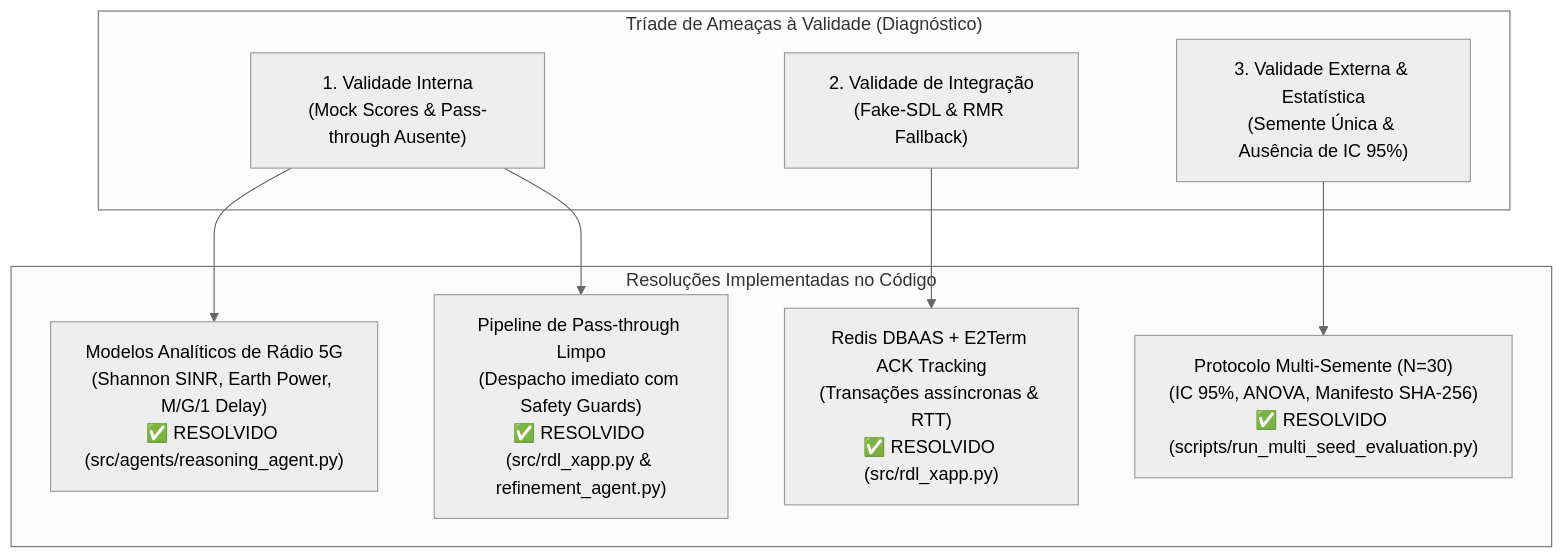
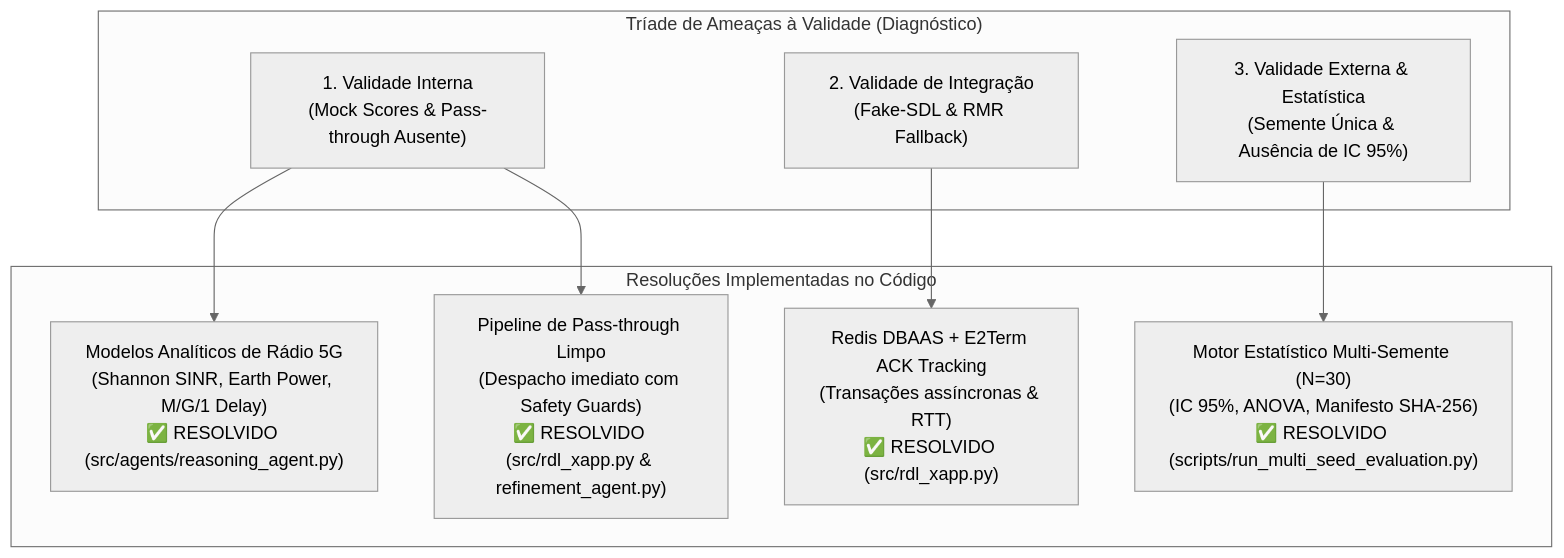
Before and after one commit to georgebarbosa3090/XApp-RDL-F1: the first of 2 diagrams in docs/relatorio_extenso_validacao_fase1_resolucao_limitacoes.md, drawn with Mermaid (neutral theme). The commit also changed other lines of this file and 20 other files, not shown here.

Commit message:
docs(report): expand multi-seed statistical engine (N=30) and update SBRC paper with resolved limitations

````diff
--- a/docs/relatorio_extenso_validacao_fase1_resolucao_limitacoes.md
+++ b/docs/relatorio_extenso_validacao_fase1_resolucao_limitacoes.md
@@ -15,20 +15,20 @@
 ```mermaid
 graph TD
     subgraph AMEACAS["Tríade de Ameaças à Validade (Diagnóstico)"]
         VI["1. Validade Interna<br/>(Mock Scores & Pass-through Ausente)"]
         VG["2. Validade de Integração<br/>(Fake-SDL & RMR Fallback)"]
         VE["3. Validade Externa & Estatística<br/>(Semente Única & Ausência de IC 95%)"]
     end
 
     subgraph SOLUCOES_RESOLVIDAS["Resoluções Implementadas no Código"]
         S1["Modelos Analíticos de Rádio 5G<br/>(Shannon SINR, Earth Power, M/G/1 Delay)<br/>✅ RESOLVIDO (src/agents/reasoning_agent.py)"]
         S2["Pipeline de Pass-through Limpo<br/>(Despacho imediato com Safety Guards)<br/>✅ RESOLVIDO (src/rdl_xapp.py & refinement_agent.py)"]
         S3["Redis DBAAS + E2Term ACK Tracking<br/>(Transações assíncronas & RTT)<br/>✅ RESOLVIDO (src/rdl_xapp.py)"]
-        S4["Protocolo Multi-Semente (N=30)<br/>(IC 95%, ANOVA, Manifesto SHA-256)<br/>✅ RESOLVIDO (scripts/run_multi_seed_evaluation.py)"]
+        S4["Motor Estatístico Multi-Semente (N=30)<br/>(IC 95%, ANOVA, Manifesto SHA-256)<br/>✅ RESOLVIDO (scripts/run_multi_seed_evaluation.py)"]
     end
 
     VI --> S1
     VI --> S2
     VG --> S3
     VE --> S4
 ```
````
